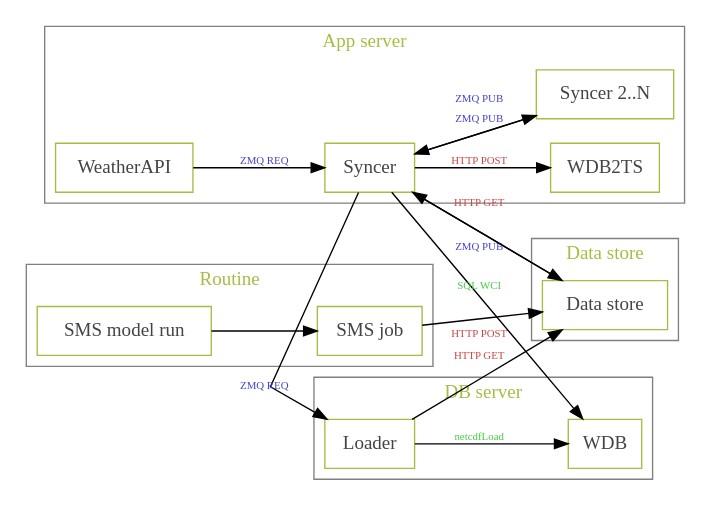
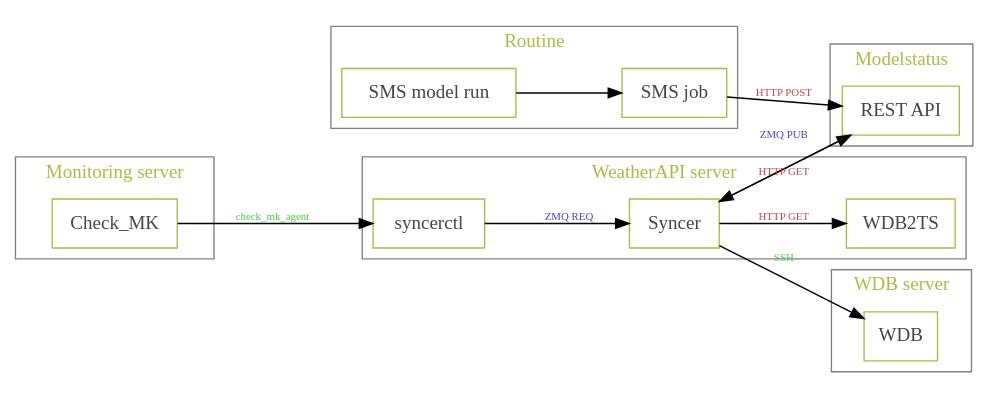
Before and after one commit to metno/nir: the diagram in doc/sysgraph.dot, drawn with Graphviz. The commit also changed 2 other files, not shown here.

Commit message:
Update system graph dotfile

```diff
--- a/doc/sysgraph.dot
+++ b/doc/sysgraph.dot
@@ -1,57 +1,56 @@
 digraph {
 
     rankdir="LR";
     overlap=false;
     clusterrank="local";
     splines="line";
     color="gray";
 
     node [shape=rectangle, color="#aabb44", fontcolor="#444444"];
 
     subgraph cluster_routine {
         label="Routine";
         fontcolor="#aabb44";
         sms_model   [label="SMS model run"];
         sms_load    [label="SMS job"];
 
         // Version 2.26.3 of Graphviz sucks; same rank makes arrows point in wrong direction!
         //rank=same; sms_model sms_load;
     }
 
     subgraph cluster_ds {
-        label="Data store";
+        label="Modelstatus";
         fontcolor="#aabb44";
-        datastore   [label="Data store"];
+        api         [label="REST API"];
     }
 
     subgraph cluster_dbserver {
-        label="DB server";
+        label="WDB server";
         fontcolor="#aabb44";
         wdb         [label="WDB"];
-        loader      [label="Loader"];
-        rank = same; wdb; loader;
     }
 
     subgraph cluster_appserver {
-        label="App server";
+        label="WeatherAPI server";
         fontcolor="#aabb44";
-        weatherapi  [label="WeatherAPI"];
         wdb2ts      [label="WDB2TS"];
         syncer      [label="Syncer"];
-        syncer2     [label="Syncer 2..N"];
-        //rank = same; syncer; syncer2;
+        syncerctl   [label="syncerctl"];
+        rank=same; syncer syncerctl;
+    }
+
+    subgraph cluster_monitoring {
+        label="Monitoring server";
+        fontcolor="#aabb44";
+        checkmk     [label="Check_MK"];
     }
 
     sms_model       -> sms_load;
-    sms_load        -> datastore    [label="HTTP POST", fontcolor="#cc4444", fontsize="8"];
-    datastore       -> syncer       [label="ZMQ PUB", fontcolor="#4444cc", fontsize="8"];
-    syncer          -> datastore    [label="HTTP GET", fontcolor="#cc4444", fontsize="8"];
-    syncer          -> loader       [label="ZMQ REQ", fontcolor="#4444cc", fontsize="8"];
-    syncer          -> wdb2ts       [label="HTTP POST", fontcolor="#cc4444", fontsize="8"];
-    syncer          -> wdb          [label="SQL WCI", fontcolor="#44cc44", fontsize="8"];
-    loader          -> datastore    [label="HTTP GET", fontcolor="#cc4444", fontsize="8"];
-    loader          -> wdb          [label="netcdfLoad", fontcolor="#44cc44", fontsize="8"];
-    weatherapi      -> syncer       [label="ZMQ REQ", fontcolor="#4444cc", fontsize="8"];
-    syncer          -> syncer2      [label="ZMQ PUB", fontcolor="#4444cc", fontsize="8"];
-    syncer2         -> syncer       [label="ZMQ PUB", fontcolor="#4444cc", fontsize="8"];
+    sms_load        -> api          [label="HTTP POST",         fontcolor="#cc4444", fontsize="8"];
+    api             -> syncer       [label="ZMQ PUB",           fontcolor="#4444cc", fontsize="8"];
+    syncer          -> api          [label="HTTP GET",          fontcolor="#cc4444", fontsize="8"];
+    syncer          -> wdb          [label="SSH",               fontcolor="#44cc44", fontsize="8"];
+    syncer          -> wdb2ts       [label="HTTP GET",          fontcolor="#cc4444", fontsize="8"];
+    syncerctl       -> syncer       [label="ZMQ REQ",           fontcolor="#4444cc", fontsize="8"];
+    checkmk         -> syncerctl    [label="check_mk_agent",    fontcolor="#44cc44", fontsize="8"];
 }
```
